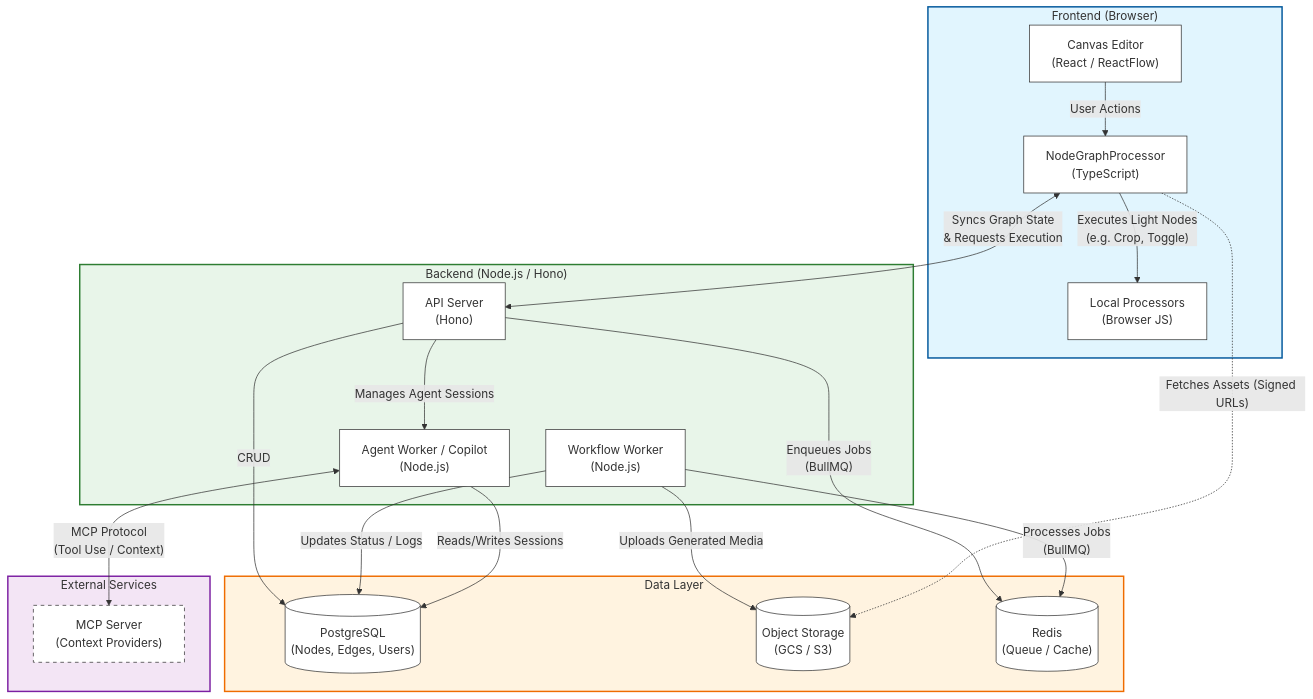
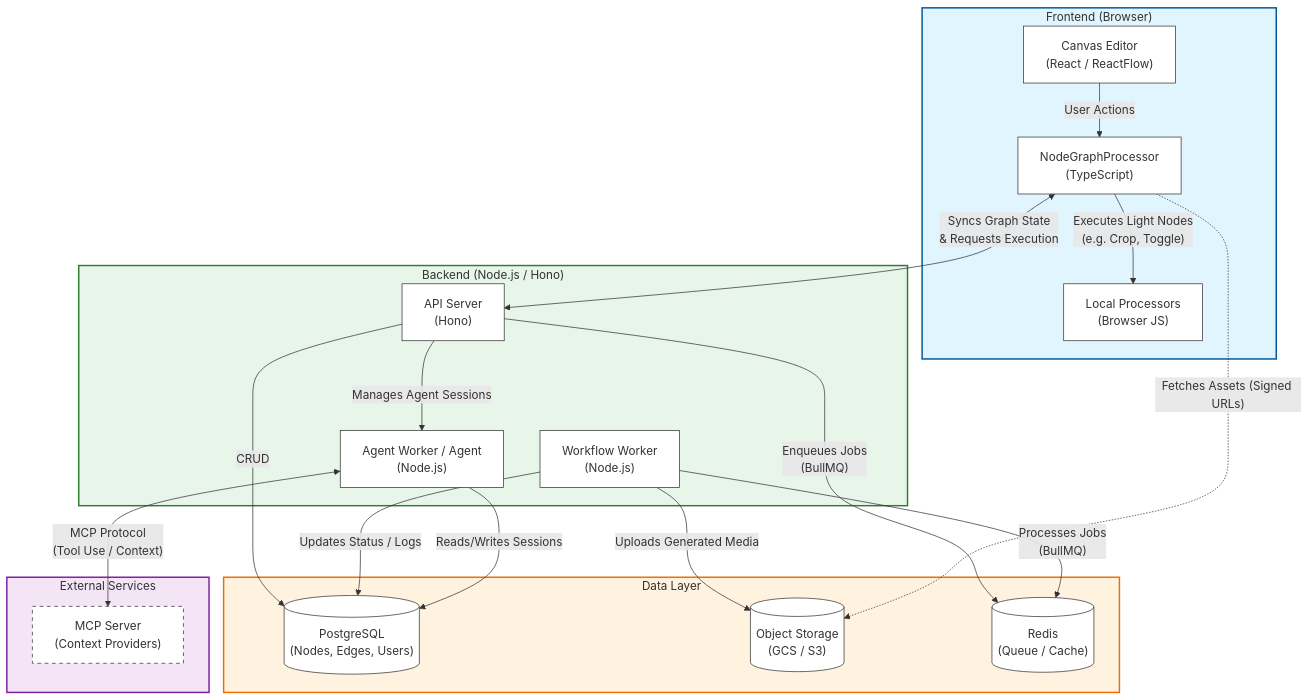
Before and after one commit to gatewai-dev/Gatewai: the diagram in docs/architecture_diagram.md, drawn with Mermaid. The commit also changed other lines of this file and 4 other files, not shown here.

````diff
--- a/docs/architecture_diagram.md
+++ b/docs/architecture_diagram.md
@@ -5,61 +5,61 @@
 ```mermaid
 graph TB
     subgraph Frontend["Frontend (Browser)"]
         style Frontend fill:#e1f5fe,stroke:#01579b,stroke-width:2px
         
         CanvasEditor["Canvas Editor<br>(React / ReactFlow)"]:::component
         NodeGraphProcessor["NodeGraphProcessor<br>(TypeScript)"]:::component
         LocalProcessors["Local Processors<br>(Browser JS)"]:::component
         
         CanvasEditor -- "User Actions" --> NodeGraphProcessor
         NodeGraphProcessor -- "Executes Light Nodes<br>(e.g. Crop, Toggle)" --> LocalProcessors
     end
 
     subgraph Backend["Backend (Node.js / Hono)"]
         style Backend fill:#e8f5e9,stroke:#2e7d32,stroke-width:2px
         
         APIServer["API Server<br>(Hono)"]:::component
         WorkflowWorker["Workflow Worker<br>(Node.js)"]:::component
-        AgentWorker["Agent Worker / Copilot<br>(Node.js)"]:::component
+        AgentWorker["Agent Worker / Agent<br>(Node.js)"]:::component
         
         APIServer -- "Manages Agent Sessions" --> AgentWorker
     end
 
     subgraph DataLayer["Data Layer"]
         style DataLayer fill:#fff3e0,stroke:#ef6c00,stroke-width:2px
         
         PostgreSQL[("PostgreSQL<br>(Nodes, Edges, Users)")]:::database
         ObjectStorage[("Object Storage<br>(GCS / S3)")]:::database
         Redis[("Redis<br>(Queue / Cache)")]:::database
     end
 
     subgraph External["External Services"]
         style External fill:#f3e5f5,stroke:#7b1fa2,stroke-width:2px
         
         MCPServer["MCP Server<br>(Context Providers)"]:::external
     end
 
     %% Key Interactions
     NodeGraphProcessor <-->|"Syncs Graph State<br>& Requests Execution"| APIServer
     
     %% Queue Interaction (BullMQ)
     APIServer -- "Enqueues Jobs<br>(BullMQ)" --> Redis
     WorkflowWorker -- "Processes Jobs<br>(BullMQ)" --> Redis
 
     %% Backend Data Access
     APIServer -- "CRUD" --> PostgreSQL
     WorkflowWorker -- "Updates Status / Logs" --> PostgreSQL
     AgentWorker -- "Reads/Writes Sessions" --> PostgreSQL
     
     %% Asset Flow
     WorkflowWorker -- "Uploads Generated Media" --> ObjectStorage
     NodeGraphProcessor -. "Fetches Assets (Signed URLs)" .-> ObjectStorage
     
     %% Agent Interactions
     AgentWorker <-->|"MCP Protocol<br>(Tool Use / Context)"| MCPServer
     
     %% Styling Classes
     classDef component fill:#ffffff,stroke:#333,stroke-width:1px
     classDef database fill:#ffffff,stroke:#333,stroke-width:1px
     classDef external fill:#ffffff,stroke:#333,stroke-width:1px,stroke-dasharray: 5 5
 ```
````
